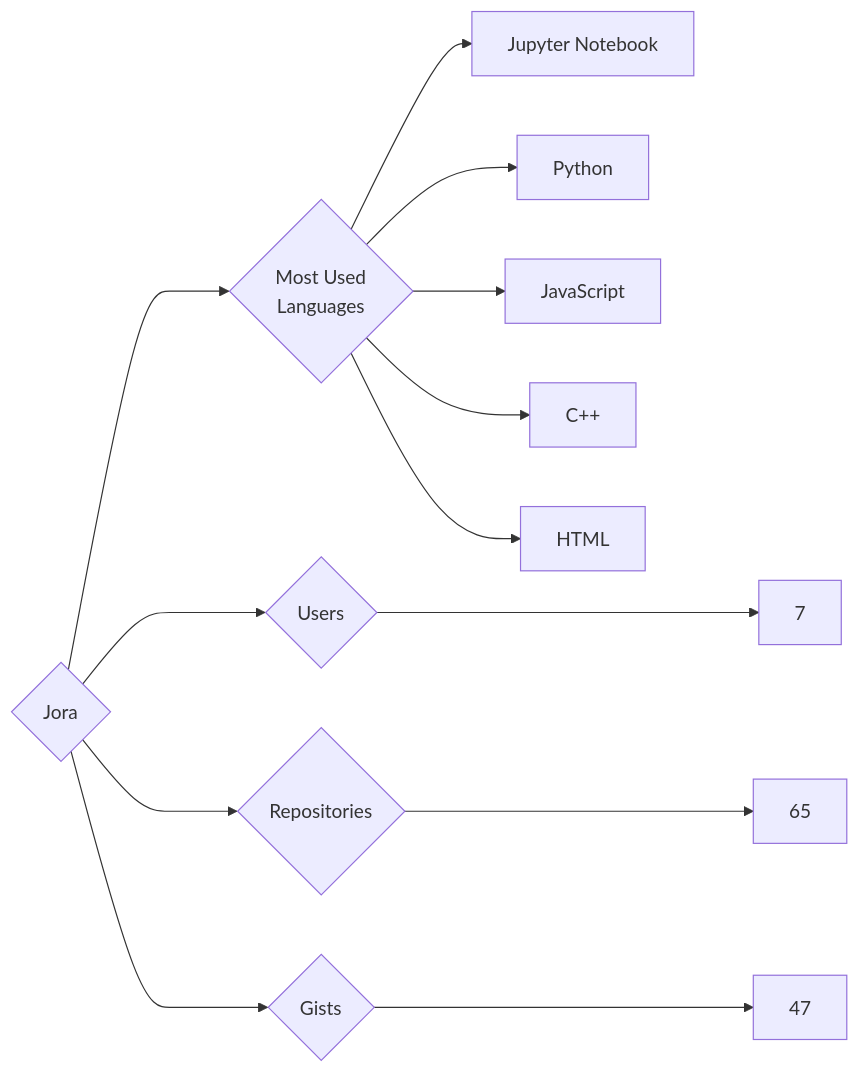
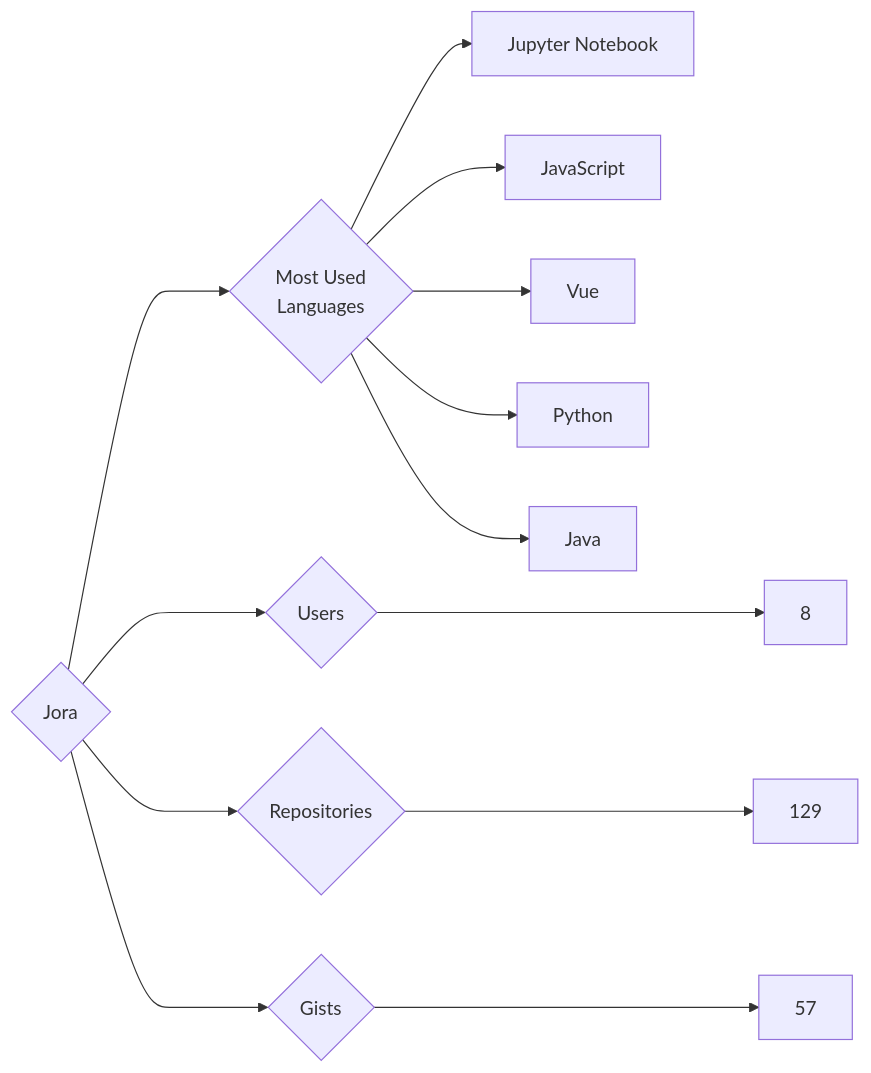
Before and after one commit to trickest/insiders: the diagram in targets/Jora/README.md, drawn with Mermaid. The commit also changed 951 other files, not shown here.

````diff
--- a/targets/Jora/README.md
+++ b/targets/Jora/README.md
@@ -3,13 +3,13 @@
 ```mermaid
 graph LR
 COMPANY_NAME{Jora}
-COMPANY_NAME ---> U{Users} ---> UN[7]
-COMPANY_NAME ---> R{Repositories} ---> RN[65]
-COMPANY_NAME ---> G{Gists} ---> GN[47]
+COMPANY_NAME ---> U{Users} ---> UN[8]
+COMPANY_NAME ---> R{Repositories} ---> RN[129]
+COMPANY_NAME ---> G{Gists} ---> GN[57]
 COMPANY_NAME ---> ML{Most Used<br>Languages}
 ML --> Jupyter_Notebook[Jupyter Notebook]
+ML --> JavaScript[JavaScript]
+ML --> Vue[Vue]
 ML --> Python[Python]
-ML --> JavaScript[JavaScript]
-ML --> C++[C++]
-ML --> HTML[HTML]
+ML --> Java[Java]
 ```
````
